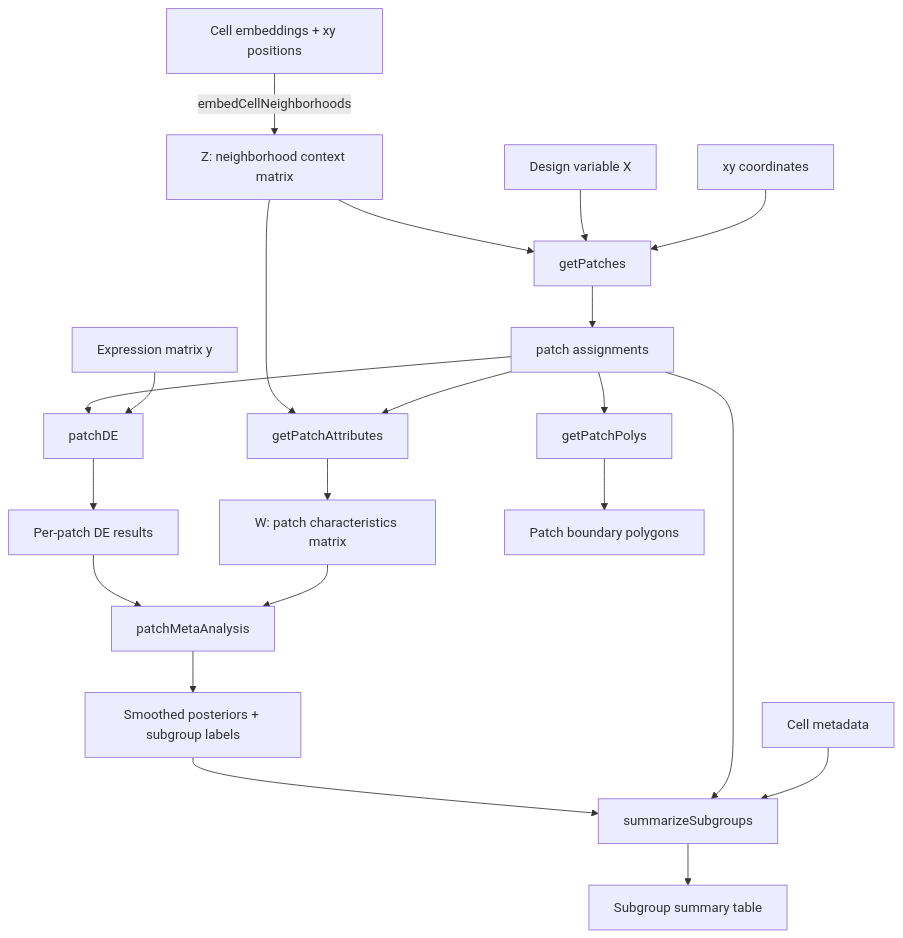
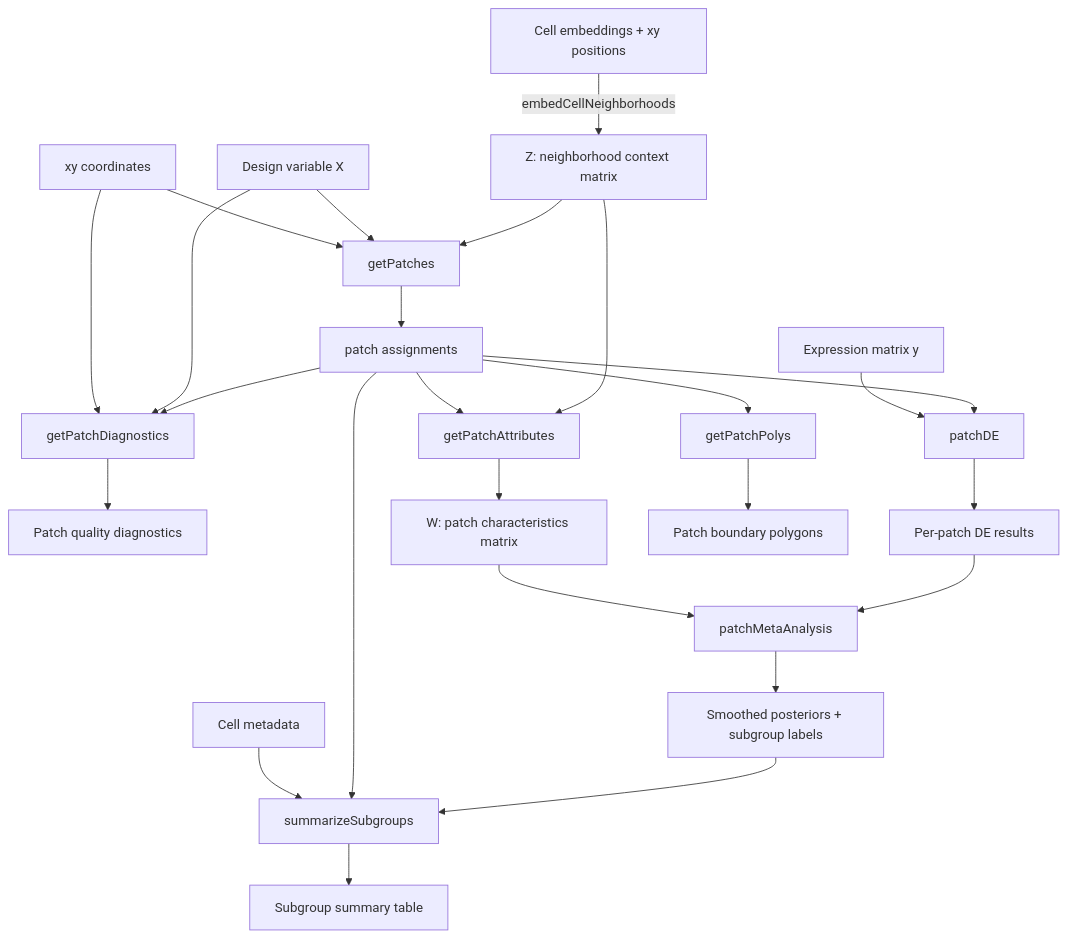
The diagram in README.md (mcalgaro93/SpaceMosaic), drawn with Mermaid before and after one commit. The commit also changed other lines of this file and 5 other files, not shown here.

Commit message:
Add patch assignment diagnostics

````diff
--- a/README.md
+++ b/README.md
@@ -13,28 +13,33 @@
 ```mermaid
 flowchart TD
     A[Cell embeddings + xy positions] -->|embedCellNeighborhoods| B[Z: neighborhood context matrix]
     B --> C[getPatches]
     X[Design variable X] --> C
     XY[xy coordinates] --> C
     C --> D[patch assignments]
+
+    D --> Q[getPatchDiagnostics]
+    X --> Q
+    XY --> Q
+    Q --> QD[Patch quality diagnostics]
     
     D --> E[patchDE]
     Y[Expression matrix y] --> E
     E --> F[Per-patch DE results]
     
     B --> G[getPatchAttributes]
     D --> G
     G --> H[W: patch characteristics matrix]
     
     F --> I[patchMetaAnalysis]
     H --> I
     I --> J[Smoothed posteriors + subgroup labels]
     
     J --> K[summarizeSubgroups]
     D --> K
     META[Cell metadata] --> K
     K --> L[Subgroup summary table]
     
     D --> M[getPatchPolys]
     M --> N[Patch boundary polygons]
 ```
````
